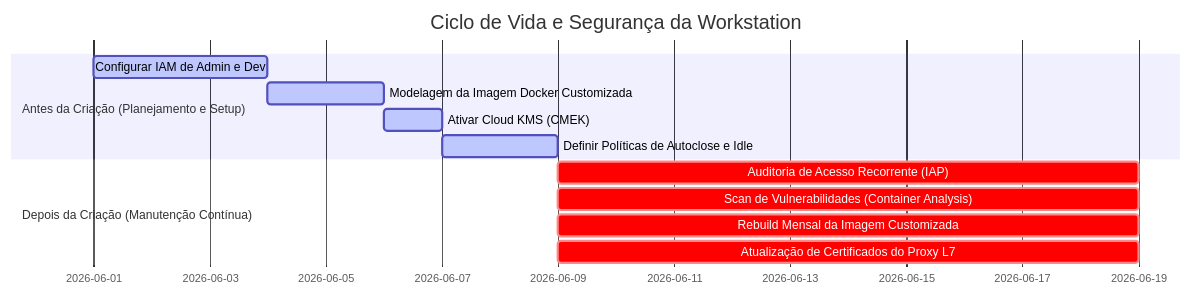
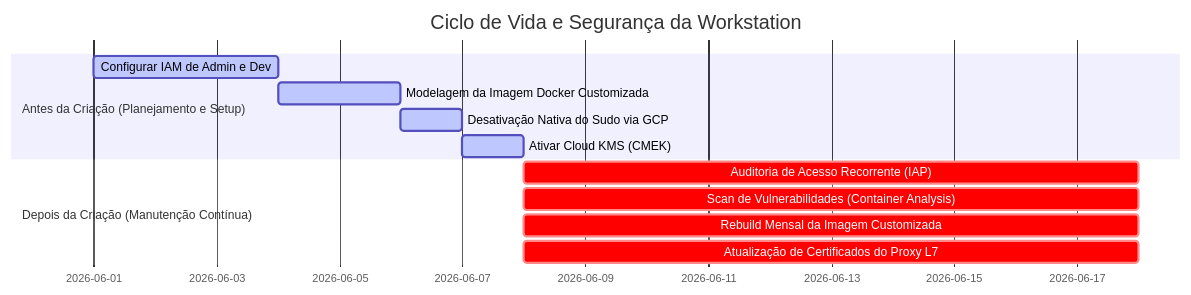
Before and after one commit to sahvieirag/cloud-workstations-custom: the diagram in docs/maintenance_access_control_best_practices.md, drawn with Mermaid. The commit also changed other lines of this file and 9 other files, not shown here.

Commit message:
Consolida modelo simplificado de seguranca SaaS e aprimoramentos de imagem customizada

````diff
--- a/docs/maintenance_access_control_best_practices.md
+++ b/docs/maintenance_access_control_best_practices.md
@@ -13,15 +13,15 @@
 ```mermaid
 gantt
     title Ciclo de Vida e Segurança da Workstation
     dateFormat  YYYY-MM-DD
     section Antes da Criação (Planejamento e Setup)
     Configurar IAM de Admin e Dev           :active, first_iam, 2026-06-01, 3d
     Modelagem da Imagem Docker Customizada :active, docker_design, after first_iam, 2d
-    Ativar Cloud KMS (CMEK)                :active, kms_setup, after docker_design, 1d
-    Definir Políticas de Autoclose e Idle  :active, policy_def, after kms_setup, 2d
+    Desativação Nativa do Sudo via GCP      :active, sudo_disable, after docker_design, 1d
+    Ativar Cloud KMS (CMEK)                :active, kms_setup, after sudo_disable, 1d
     section Depois da Criação (Manutenção Contínua)
-    Auditoria de Acesso Recorrente (IAP)   :crit, access_audit, after policy_def, 10d
-    Scan de Vulnerabilidades (Container Analysis) :crit, vuln_scan, after policy_def, 10d
-    Rebuild Mensal da Imagem Customizada   :crit, image_rebuild, after policy_def, 10d
-    Atualização de Certificados do Proxy L7:crit, cert_update, after policy_def, 10d
+    Auditoria de Acesso Recorrente (IAP)   :crit, access_audit, after kms_setup, 10d
+    Scan de Vulnerabilidades (Container Analysis) :crit, vuln_scan, after kms_setup, 10d
+    Rebuild Mensal da Imagem Customizada   :crit, image_rebuild, after kms_setup, 10d
+    Atualização de Certificados do Proxy L7:crit, cert_update, after kms_setup, 10d
 ```
````
